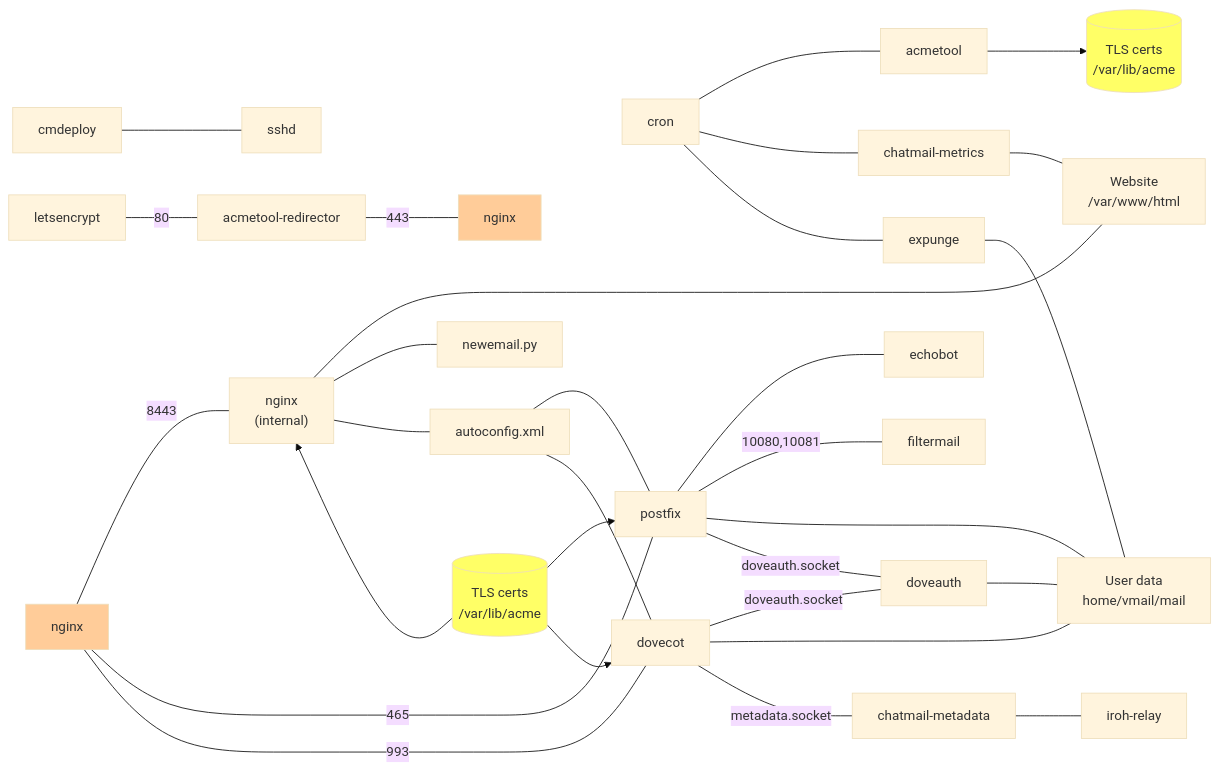
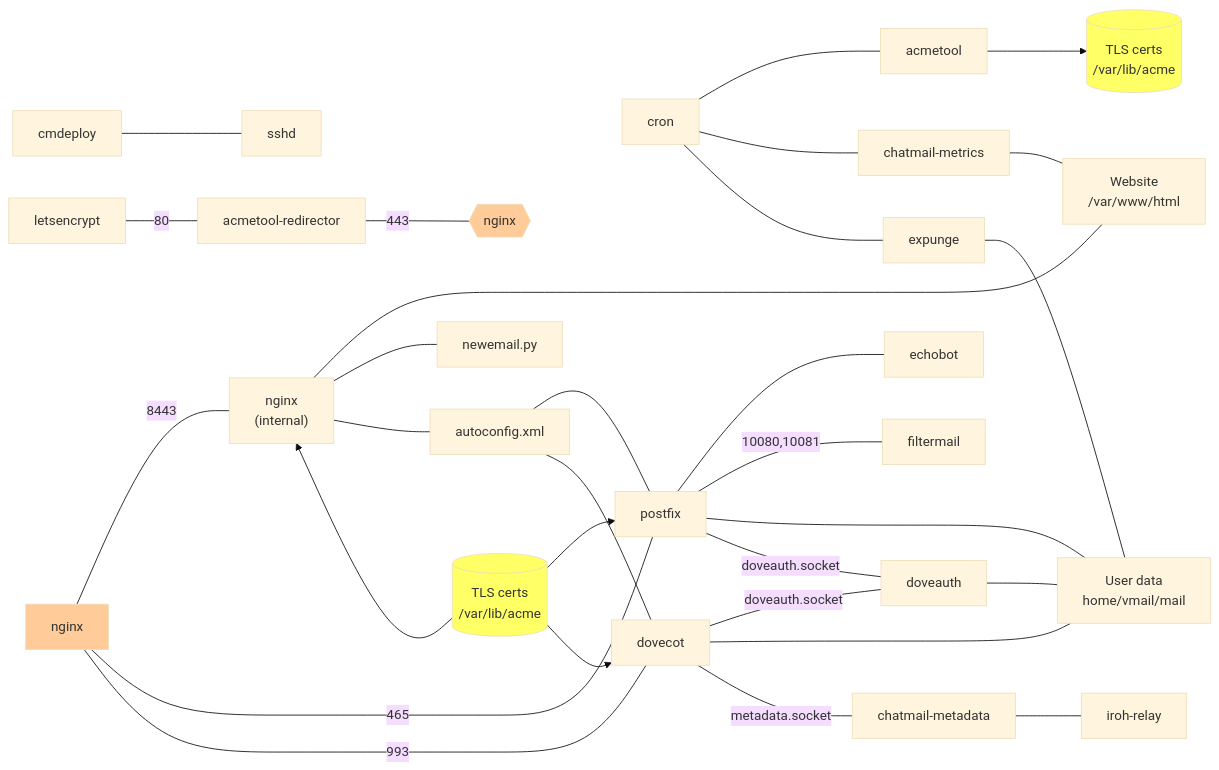
The diagram in ARCHITECTURE.md (cliffmccarthy/chatmail-relay), drawn with Mermaid (base theme) before and after one commit.

Commit message:
pointy nginx

````diff
--- a/ARCHITECTURE.md
+++ b/ARCHITECTURE.md
@@ -4,41 +4,41 @@
 ```mermaid
 graph LR;
     cmdeploy --- sshd;
     letsencrypt --- |80|acmetool-redirector;
-    acmetool-redirector --- |443|nginx-right[nginx];
+    acmetool-redirector --- |443|nginx-right{{nginx}};
     nginx --- |8443|nginx-internal["`nginx
     (internal)`"];
     nginx-internal --- website["`Website
     /var/www/html`"];
     nginx-internal --- newemail.py;
     nginx-internal --- autoconfig.xml;
     nginx-internal ~~~ certs-nginx[("`TLS certs
     /var/lib/acme`")] --> nginx-internal;
     cron --- acmetool;
     cron --- chatmail-metrics;
     cron --- expunge;
     chatmail-metrics --- website;
     acmetool --> certs[("`TLS certs
     /var/lib/acme`")];
     nginx --- |465|postfix;
     nginx --- |993|dovecot;
     autoconfig.xml --- postfix;
     autoconfig.xml --- dovecot;
     postfix --- echobot;
     postfix --- |10080,10081|filtermail;
     postfix --- users["`User data
     home/vmail/mail`"];
     postfix --- |doveauth.socket|doveauth;
     dovecot --- |doveauth.socket|doveauth;
     dovecot --- users;
     dovecot --- |metadata.socket|chatmail-metadata;
     doveauth --- users;
     expunge --- users;
     chatmail-metadata --- iroh-relay;
     certs-nginx --> postfix;
     certs-nginx --> dovecot;
     style certs fill:#ff6;
     style certs-nginx fill:#ff6;
     style nginx fill:#fc9;
     style nginx-right fill:#fc9;
 ```
````
